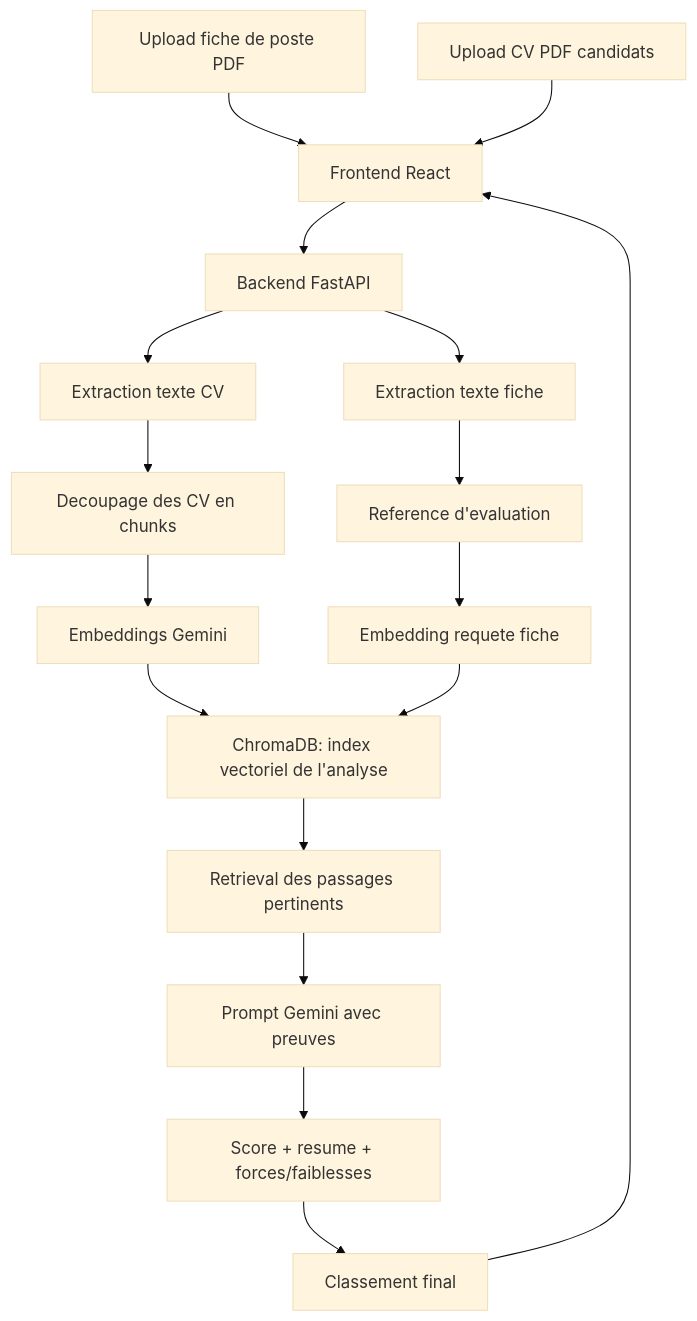
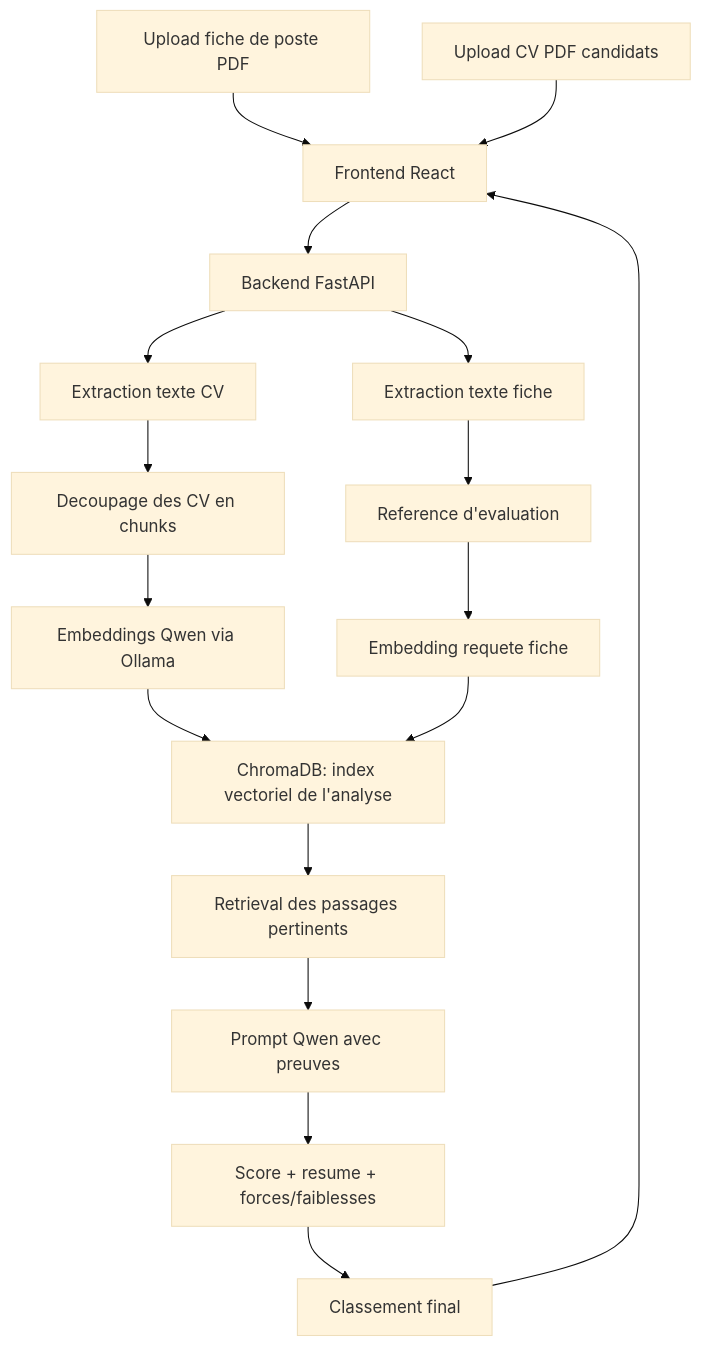
Before and after one commit to hamzasennah/projet-stage-d-observation: the diagram in docs/architecture.md, drawn with Mermaid (base theme). The commit also changed other lines of this file and 13 other files, not shown here.

Commit message:
Use Ollama Qwen for RAG pipeline

````diff
--- a/docs/architecture.md
+++ b/docs/architecture.md
@@ -9,19 +9,19 @@
 ```mermaid
 flowchart TD
     A["Upload fiche de poste PDF"] --> B["Frontend React"]
     C["Upload CV PDF candidats"] --> B
     B --> D["Backend FastAPI"]
     D --> E["Extraction texte fiche"]
     D --> F["Extraction texte CV"]
     E --> G["Reference d'evaluation"]
     F --> H["Decoupage des CV en chunks"]
-    H --> I["Embeddings Gemini"]
+    H --> I["Embeddings Qwen via Ollama"]
     I --> J["ChromaDB: index vectoriel de l'analyse"]
     G --> K["Embedding requete fiche"]
     K --> J
     J --> L["Retrieval des passages pertinents"]
-    L --> M["Prompt Gemini avec preuves"]
+    L --> M["Prompt Qwen avec preuves"]
     M --> N["Score + resume + forces/faiblesses"]
     N --> O["Classement final"]
     O --> B
 ```
````
